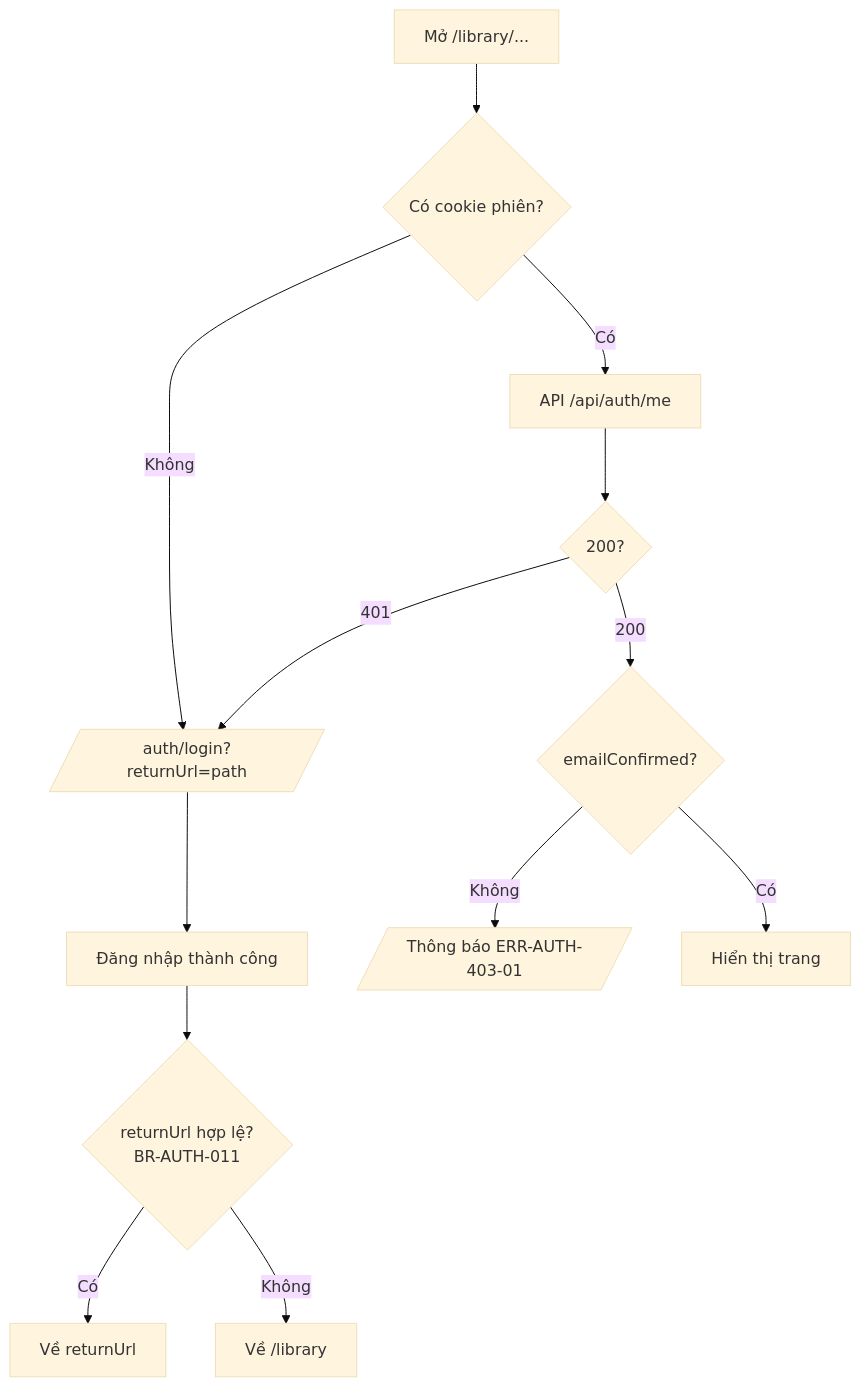
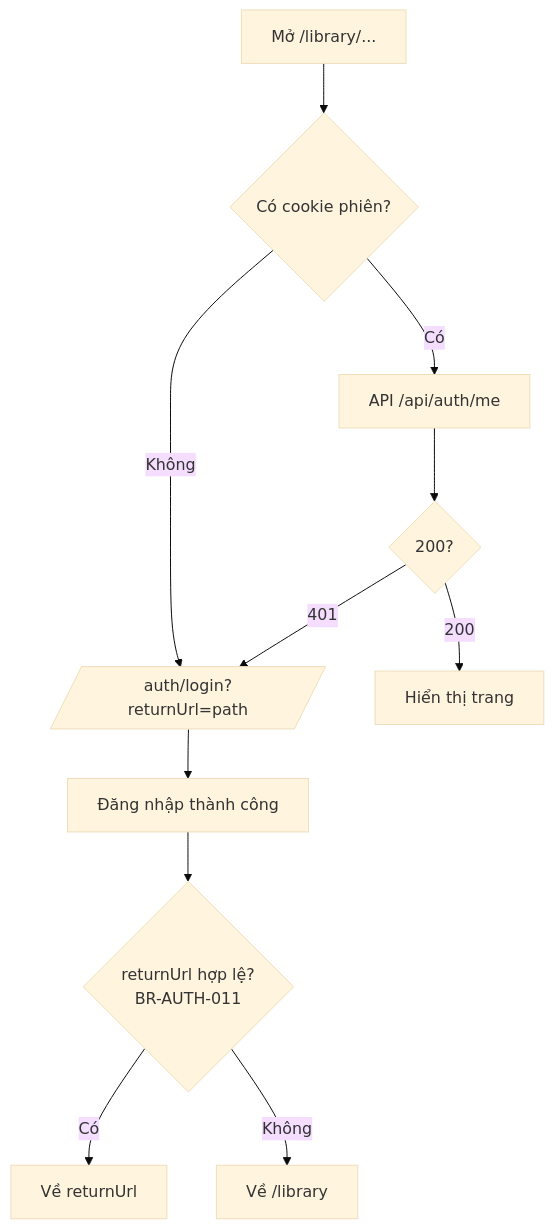
The eighth of 9 diagrams in docs/features/accounts/design/flows.md (pamela172103/Lingozi), drawn with Mermaid (base theme) before and after one commit. The commit also changed other lines of this file and 15 other files, not shown here.

````diff
--- a/docs/features/accounts/design/flows.md
+++ b/docs/features/accounts/design/flows.md
@@ -148,14 +135,12 @@
 ```mermaid
 flowchart TD
     R[Mở /library/...] --> C{Có cookie phiên?}
     C -- Không --> L1[/auth/login?returnUrl=path/]
     C -- Có --> M[API /api/auth/me]
     M --> Q{200?}
     Q -- 401 --> L1
-    Q -- 200 --> V{emailConfirmed?}
-    V -- Không --> G[/Thông báo ERR-AUTH-403-01/]
-    V -- Có --> P[Hiển thị trang]
+    Q -- 200 --> P[Hiển thị trang]
     L1 --> LG[Đăng nhập thành công] --> RU{returnUrl hợp lệ?<br/>BR-AUTH-011}
     RU -- Có --> P2[Về returnUrl]
     RU -- Không --> P3[Về /library]
 ```
````
